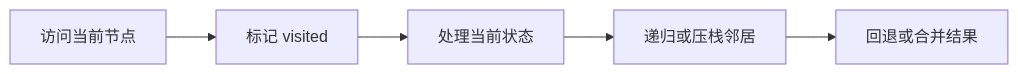
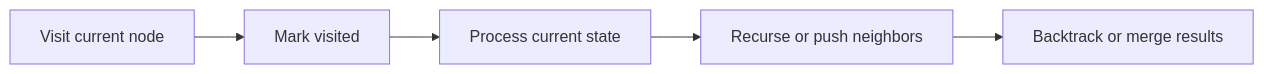
The second of 2 diagrams in src/content/technology/dfs.md (HONGLEI111/hhlblog-global), drawn with Mermaid before and after one commit. The commit also changed 33 other files, not shown here.

First line of the commit message:
content(code): 翻译 mermaid 图节点标签（34 文件 / 267 处）

````diff
--- a/src/content/technology/dfs.md
+++ b/src/content/technology/dfs.md
@@ -255,7 +255,7 @@
 ```mermaid
 graph LR
-    A[访问当前节点] --> B[标记 visited]
-    B --> C[处理当前状态]
-    C --> D[递归或压栈邻居]
-    D --> E[回退或合并结果]
+    A[Visit current node] --> B[Mark visited]
+    B --> C[Process current state]
+    C --> D[Recurse or push neighbors]
+    D --> E[Backtrack or merge results]
 ```
````
